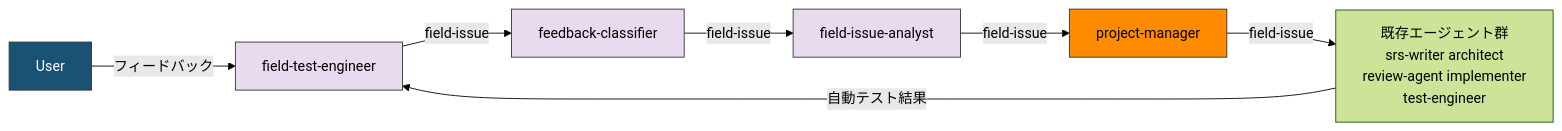
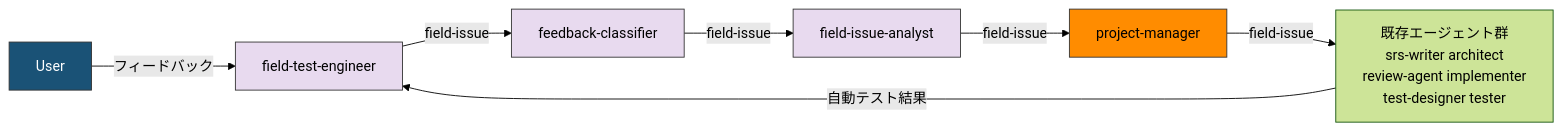
Before and after one commit to GoodRelax/gr-sw-maker: the second of 4 diagrams in framework-src/ja/process-rules/agent-list.md, drawn with Mermaid (forest theme). The commit also changed other lines of this file and 19 other files, not shown here.

````diff
--- a/framework-src/ja/process-rules/agent-list.md
+++ b/framework-src/ja/process-rules/agent-list.md
@@ -347,15 +339,15 @@
 ```mermaid
 flowchart LR
     User["User"] -->|"フィードバック"| FTE["field-test-engineer"]
     FTE -->|"field-issue"| FC["feedback-classifier"]
     FC -->|"field-issue"| FIA["field-issue-analyst"]
     FIA -->|"field-issue"| Orch["project-manager"]
-    Orch -->|"field-issue"| Existing["既存エージェント群<br/>srs-writer architect<br/>review-agent implementer<br/>test-engineer"]
+    Orch -->|"field-issue"| Existing["既存エージェント群<br/>srs-writer architect<br/>review-agent implementer<br/>test-designer tester"]
     Existing -->|"自動テスト結果"| FTE
 
     style FTE fill:#E8DAEF,stroke:#333,color:#000
     style FC fill:#E8DAEF,stroke:#333,color:#000
     style FIA fill:#E8DAEF,stroke:#333,color:#000
     style Orch fill:#FF8C00,stroke:#333,color:#000
     style User fill:#1a5276,stroke:#333,color:#fff
 ```
````
